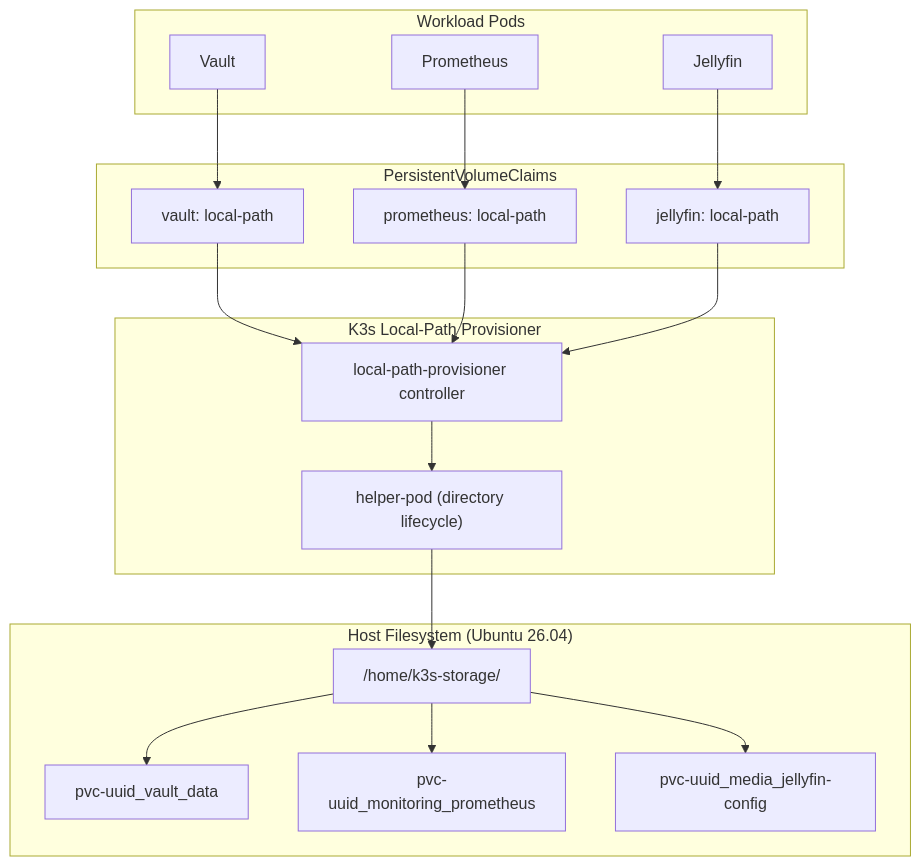
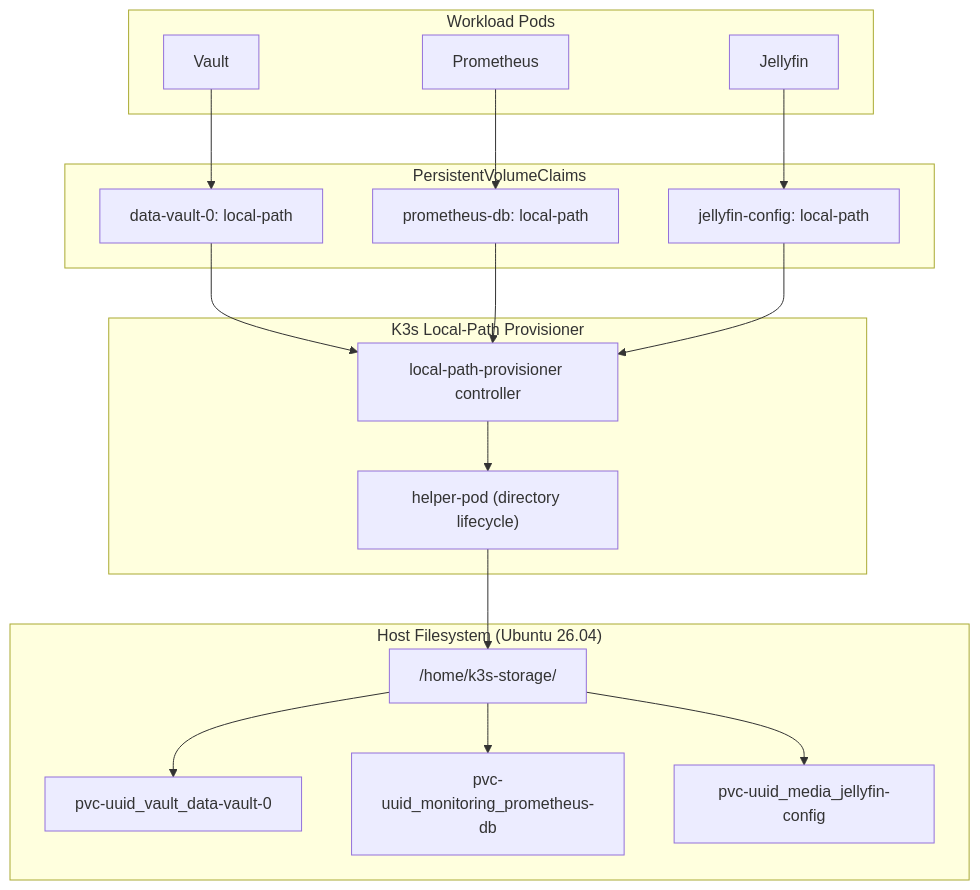
The diagram in docs/src/content/docs/explanation/storage-architecture.md (nsudhanva/homelab), drawn with Mermaid before and after one commit. The commit also changed other lines of this file and 46 other files, not shown here.

````diff
--- a/docs/src/content/docs/explanation/storage-architecture.md
+++ b/docs/src/content/docs/explanation/storage-architecture.md
@@ -22,40 +22,40 @@
 ```mermaid
 flowchart TB
   subgraph Pods["Workload Pods"]
     Vault["Vault"]
     Prom["Prometheus"]
     Jellyfin["Jellyfin"]
   end
 
   subgraph Claims["PersistentVolumeClaims"]
-    PVCVault["vault: local-path"]
-    PVCProm["prometheus: local-path"]
-    PVCJelly["jellyfin: local-path"]
+    PVCVault["data-vault-0: local-path"]
+    PVCProm["prometheus-db: local-path"]
+    PVCJelly["jellyfin-config: local-path"]
   end
 
   subgraph Provisioner["K3s Local-Path Provisioner"]
     Controller["local-path-provisioner controller"]
     Helper["helper-pod (directory lifecycle)"]
   end
 
   subgraph Host["Host Filesystem (Ubuntu 26.04)"]
     Root["/home/k3s-storage/"]
-    DirVault["pvc-uuid_vault_data"]
-    DirProm["pvc-uuid_monitoring_prometheus"]
+    DirVault["pvc-uuid_vault_data-vault-0"]
+    DirProm["pvc-uuid_monitoring_prometheus-db"]
     DirJelly["pvc-uuid_media_jellyfin-config"]
   end
 
   Vault --> PVCVault
   Prom --> PVCProm
   Jellyfin --> PVCJelly
 
   PVCVault --> Controller
   PVCProm --> Controller
   PVCJelly --> Controller
 
   Controller --> Helper
   Helper --> Root
   Root --> DirVault
   Root --> DirProm
   Root --> DirJelly
 ```
````
